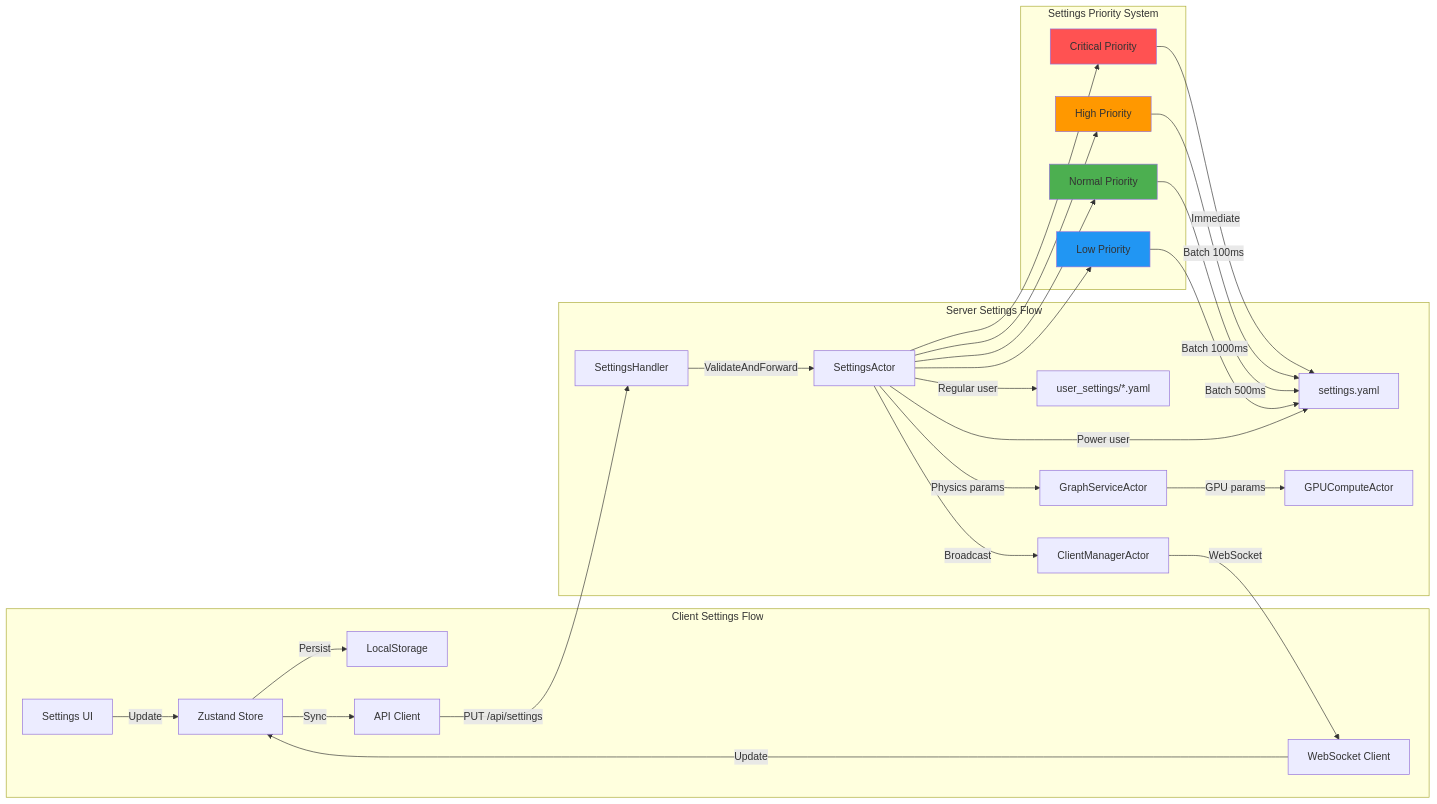
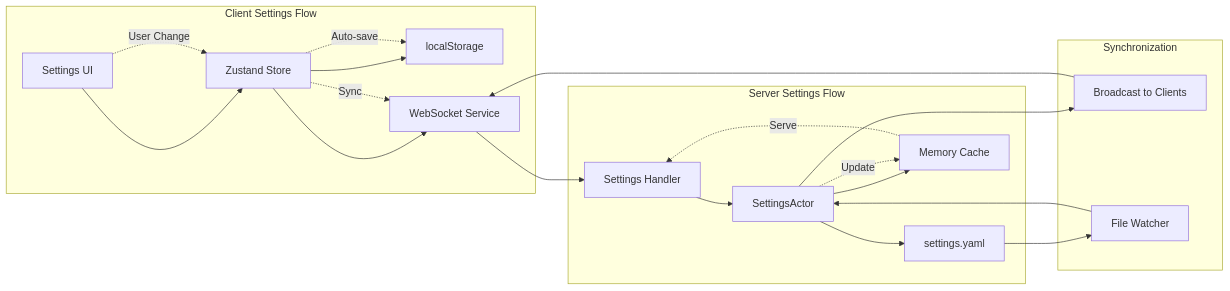
The eighth of 18 diagrams in docs/diagrams.md (DreamLab-AI/VisionFlow), drawn with Mermaid before and after one commit. The commit also changed other lines of this file and 1 other file, not shown here.

Commit message:
audit and diagrams update, new todo list

````diff
--- a/docs/diagrams.md
+++ b/docs/diagrams.md
@@ -463,65 +579,28 @@
 ```mermaid
 flowchart LR
     subgraph "Client Settings Flow"
-        UI[Settings UI]
-        Store[Zustand Store]
-        LocalStorage[LocalStorage]
-        WSClient[WebSocket Client]
-        APIClient[API Client]
+        UI[Settings UI] --> Store[Zustand Store]
+        Store --> LS[localStorage]
+        Store --> WS[WebSocket Service]
     end
 
     subgraph "Server Settings Flow"
-        Handler[SettingsHandler]
-        Actor[SettingsActor]
-        YAMLFile[settings.yaml]
-        UserFiles[user_settings/*.yaml]
-        GraphAct[GraphServiceActor]
-        GPUAct[GPUComputeActor]
-        ClientMgrAct[ClientManagerActor]
+        WS --> Handler[Settings Handler]
+        Handler --> Actor[SettingsActor]
+        Actor --> File[settings.yaml]
+        Actor --> Cache[Memory Cache]
     end
 
-    subgraph "Settings Priority System"
-        Critical[Critical Priority]
-        High[High Priority]
-        Normal[Normal Priority]
-        Low[Low Priority]
+    subgraph "Synchronization"
+        Actor --> Broadcast[Broadcast to Clients]
+        Broadcast --> WS
+        File --> Watch[File Watcher]
+        Watch --> Actor
     end
 
-    %% Client flow
-    UI -->|Update| Store
-    Store -->|Persist| LocalStorage
-    Store -->|Sync| APIClient
-
-    %% Server flow
-    APIClient -->|PUT /api/settings| Handler
-    Handler -->|ValidateAndForward| Actor
-
-    %% Priority routing
-    Actor --> Critical
-    Actor --> High
-    Actor --> Normal
-    Actor --> Low
-
-    Critical -->|Immediate| YAMLFile
-    High -->|Batch 100ms| YAMLFile
-    Normal -->|Batch 500ms| YAMLFile
-    Low -->|Batch 1000ms| YAMLFile
-
-    %% Actor updates
-    Actor -->|Physics params| GraphAct
-    GraphAct -->|GPU params| GPUAct
-    Actor -->|Broadcast| ClientMgrAct
-
-    %% Broadcast back
-    ClientMgrAct -->|WebSocket| WSClient
-    WSClient -->|Update| Store
-
-    %% User-specific
-    Actor -->|Power user| YAMLFile
-    Actor -->|Regular user| UserFiles
-
-    style Critical fill:#ff5252
-    style High fill:#ff9800
-    style Normal fill:#4caf50
-    style Low fill:#2196f3
+    UI -.->|User Change| Store
+    Store -.->|Auto-save| LS
+    Store -.->|Sync| WS
+    Actor -.->|Update| Cache
+    Cache -.->|Serve| Handler
 ```
````
